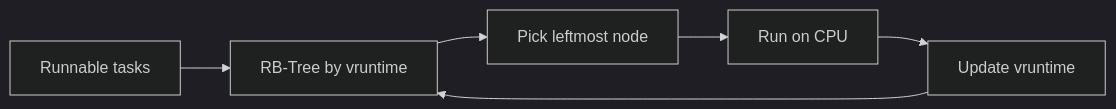
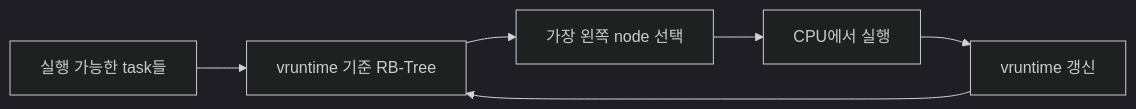
Diagram 12 of 37 in _posts/cs-note/2026-02-27-os.md (mandoobox/mandoobox.github.io), drawn with Mermaid (dark theme) before and after one commit. The commit also changed other lines of this file and 18 other files, not shown here.

````diff
--- a/_posts/cs-note/2026-02-27-os.md
+++ b/_posts/cs-note/2026-02-27-os.md
@@ -358,8 +364,8 @@
 ```mermaid
 flowchart LR
-  A[Runnable tasks] --> B["RB-Tree by vruntime"]
-  B --> C[Pick leftmost node]
-  C --> D[Run on CPU]
-  D --> E[Update vruntime]
+  A[실행 가능한 task들] --> B["vruntime 기준 RB-Tree"]
+  B --> C[가장 왼쪽 node 선택]
+  C --> D[CPU에서 실행]
+  D --> E[vruntime 갱신]
   E --> B
 ```
````
